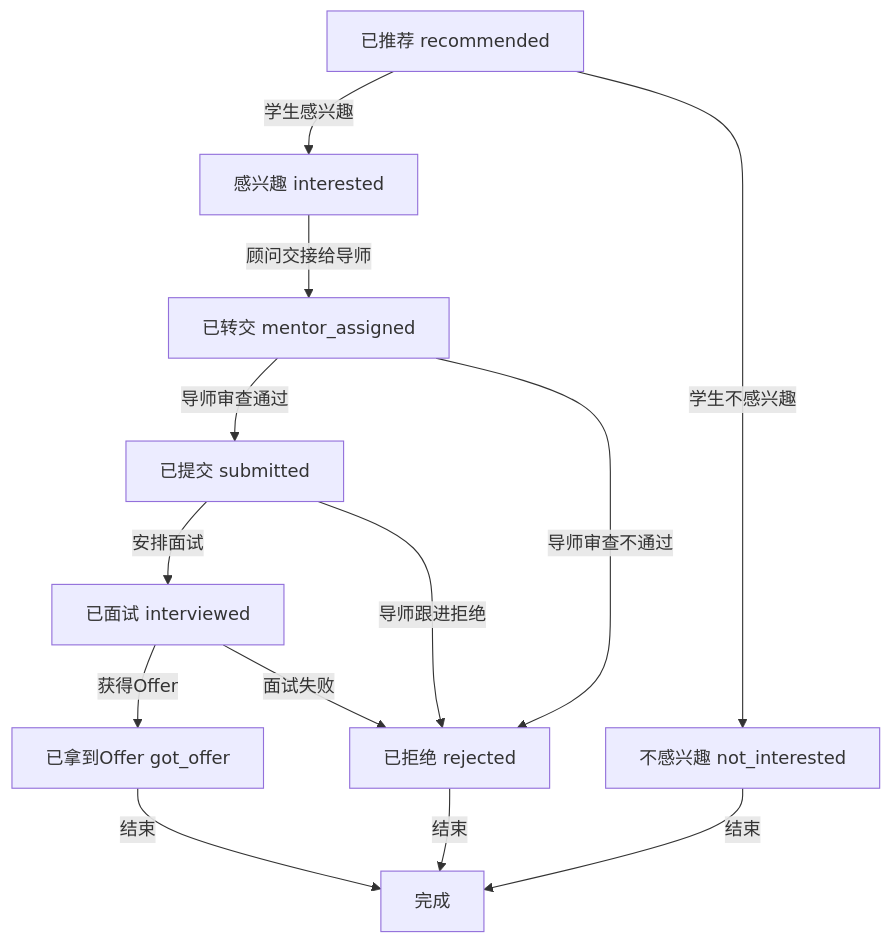
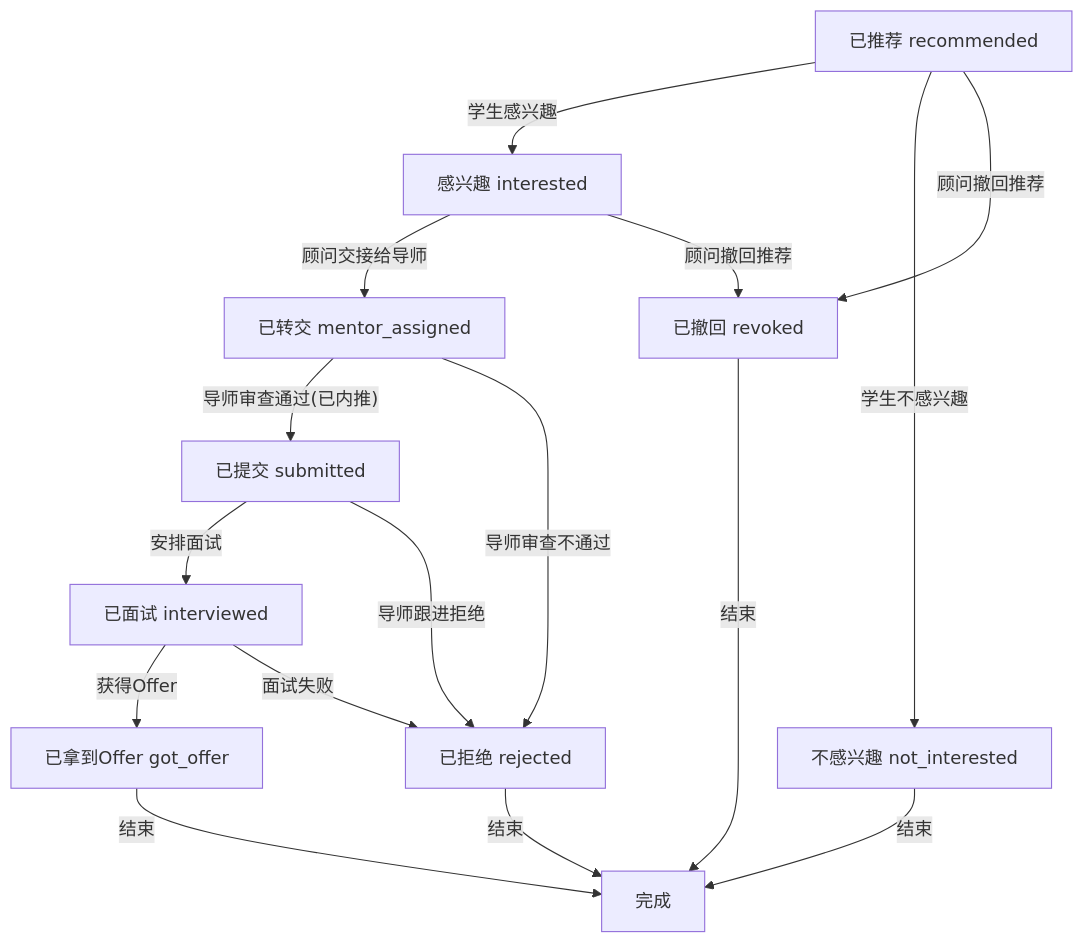
One commit to victorx98/sa2-mvp changed the diagram in docs/placement-domain-internal-referral-design.md. Above: the diagram before and after it, drawn with Mermaid. The commit also changed other lines of this file and 41 other files, not shown here.

````diff
--- a/docs/placement-domain-internal-referral-design.md
+++ b/docs/placement-domain-internal-referral-design.md
@@ -46,16 +46,19 @@
 ```mermaid
 flowchart TD
     A[已推荐 recommended]
     A -->|学生感兴趣| B[感兴趣 interested]
     A -->|学生不感兴趣| C[不感兴趣 not_interested]
     B -->|顾问交接给导师| D[已转交 mentor_assigned]
-    D -->|导师审查通过| E[已提交 submitted]
+    A -->|顾问撤回推荐| J[已撤回 revoked]
+    B -->|顾问撤回推荐| J[已撤回 revoked]
+    J -->|结束| I[完成]
+    D -->|"导师审查通过(已内推)"| E[已提交 submitted]
     D -->|导师审查不通过| F[已拒绝 rejected]
     E -->|安排面试| G[已面试 interviewed]
     G -->|获得Offer| H[已拿到Offer got_offer]
     G -->|面试失败| F
     E -->|导师跟进拒绝| F
-    H -->|结束| I[完成]
+    H -->|结束| I
     F -->|结束| I
     C -->|结束| I
 ```
````
